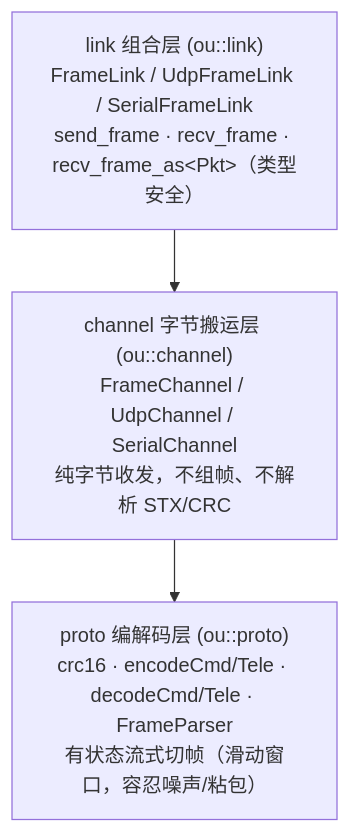
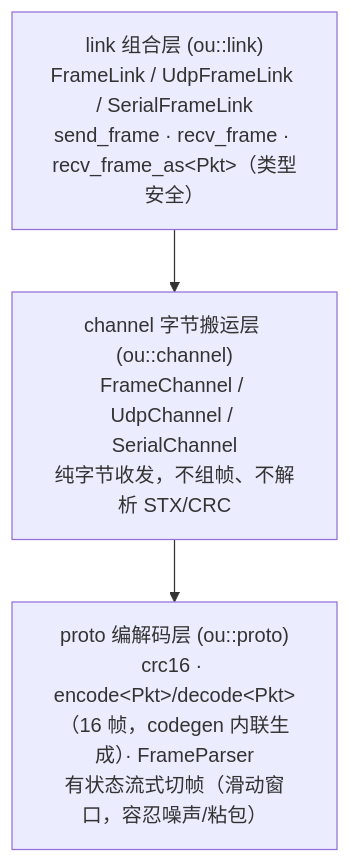
Before and after one commit to OceanUgenLab/rov-sdk: the first of 3 diagrams in README.md, drawn with Mermaid. The commit also changed other lines of this file and 49 other files, not shown here.

````diff
--- a/README.md
+++ b/README.md
@@ -57,8 +58,8 @@
 ```mermaid
 flowchart TB
     L["link 组合层 (ou::link)<br/>FrameLink / UdpFrameLink / SerialFrameLink<br/>send_frame · recv_frame · recv_frame_as&lt;Pkt&gt;（类型安全）"]
     C["channel 字节搬运层 (ou::channel)<br/>FrameChannel / UdpChannel / SerialChannel<br/>纯字节收发，不组帧、不解析 STX/CRC"]
-    P["proto 编解码层 (ou::proto)<br/>crc16 · encodeCmd/Tele · decodeCmd/Tele · FrameParser<br/>有状态流式切帧（滑动窗口，容忍噪声/粘包）"]
+    P["proto 编解码层 (ou::proto)<br/>crc16 · encode&lt;Pkt&gt;/decode&lt;Pkt&gt;（16 帧，codegen 内联生成）· FrameParser<br/>有状态流式切帧（滑动窗口，容忍噪声/粘包）"]
 
     L --> C --> P
 ```
````
